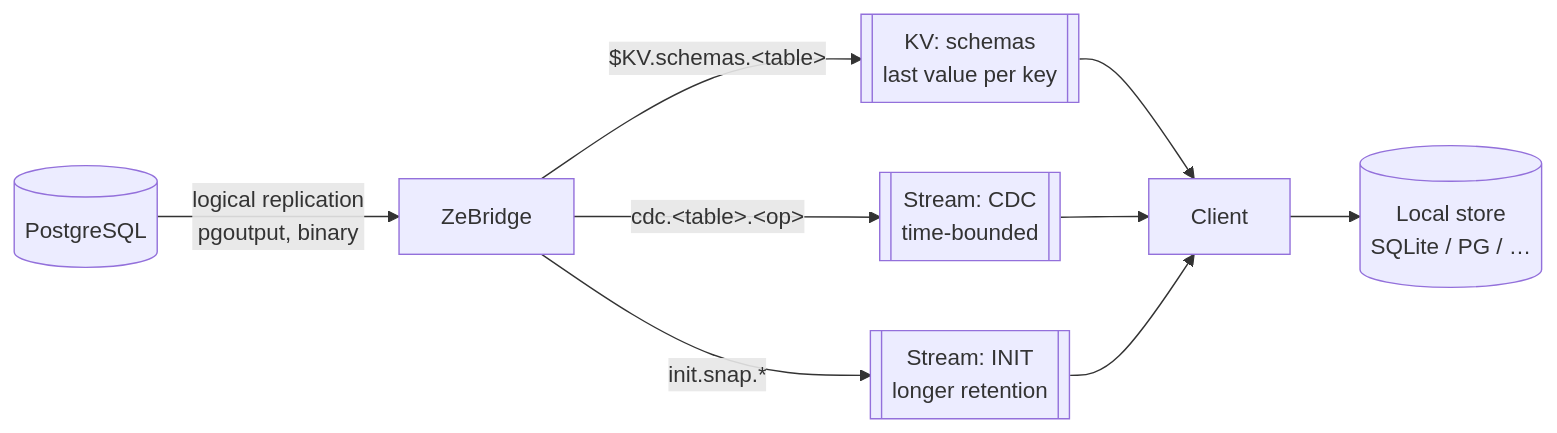
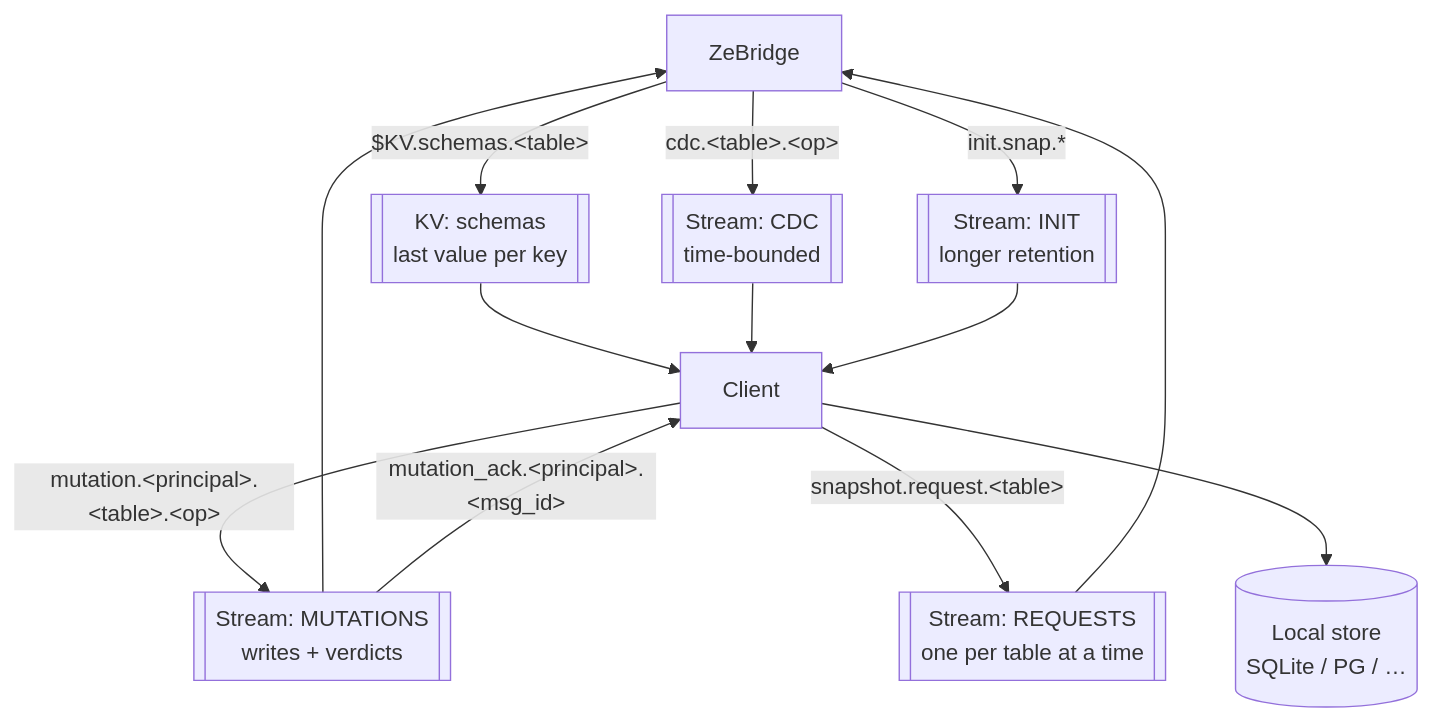
One commit to ndrean/ZeBridge changed the first of 4 diagrams in PROTOCOL.md. Above: the diagram before and after it, drawn with Mermaid. The commit also changed other lines of this file and 157 other files, not shown here.

````diff
--- a/PROTOCOL.md
+++ b/PROTOCOL.md
@@ -111,11 +112,15 @@
 ```mermaid
-flowchart LR
-  PG[(PostgreSQL)] -->|logical replication<br/>pgoutput, binary| B[ZeBridge]
-  B -->|"$KV.schemas.&lt;table&gt;"| KV[["KV: schemas<br/>last value per key"]]
+flowchart TD
+  B[ZeBridge]-->|"$KV.schemas.&lt;table&gt;"| KV[["KV: schemas<br/>last value per key"]]
   B -->|"cdc.&lt;table&gt;.&lt;op&gt;"| CDC[["Stream: CDC<br/>time-bounded"]]
   B -->|"init.snap.*"| INIT[["Stream: INIT<br/>longer retention"]]
   KV --> C[Client]
   CDC --> C
   INIT --> C
+  C -->|"mutation.&lt;principal&gt;.&lt;table&gt;.&lt;op&gt;"| MUT[["Stream: MUTATIONS<br/>writes + verdicts"]]
+  C -->|"snapshot.request.&lt;table&gt;"| REQ[["Stream: REQUESTS<br/>one per table at a time"]]
+  MUT --> B
+  REQ --> B
+  MUT -->|"mutation_ack.&lt;principal&gt;.&lt;msg_id&gt;"| C
   C --> L[(Local store<br/>SQLite / PG / …)]
 ```
````
